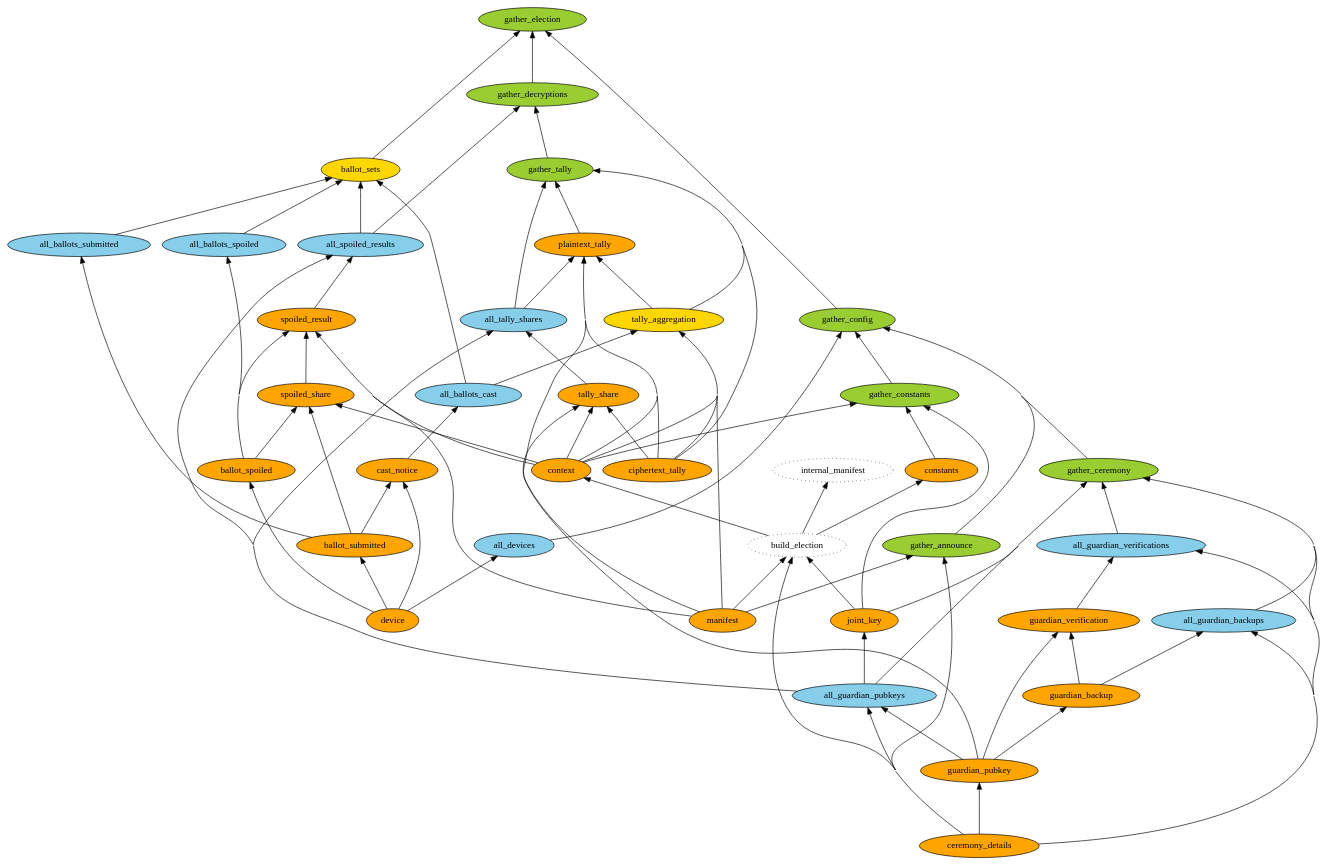
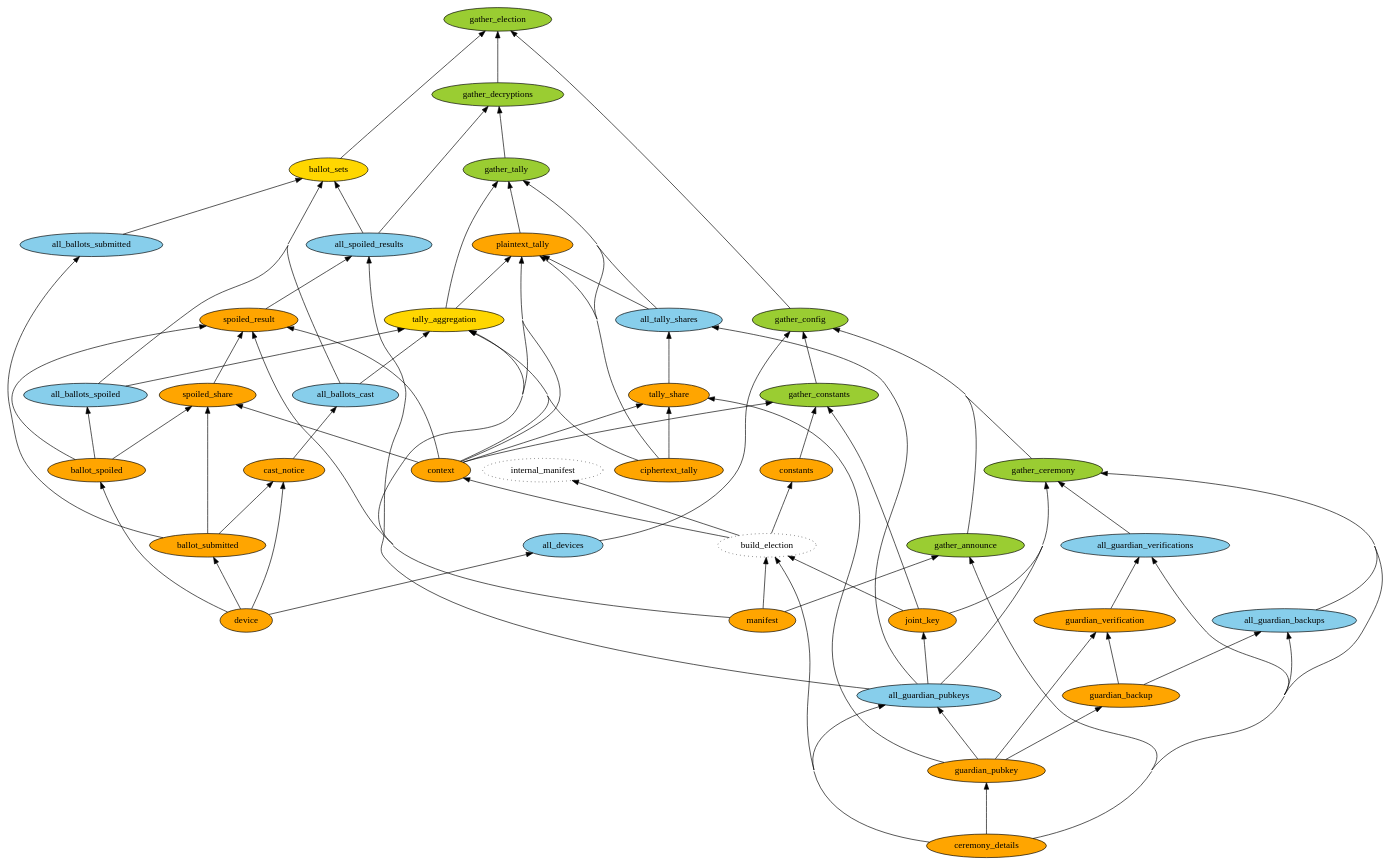
The diagram in milestone1/verifier/deps.dot (jefdaj/electionguard-cardano), drawn with Graphviz before and after one commit. The commit also changed 4 other files, not shown here.

```diff
--- a/milestone1/verifier/deps.dot
+++ b/milestone1/verifier/deps.dot
@@ -1,97 +1,97 @@
 digraph verifier_deps {
   concentrate=true
   rankdir=BT
   ranksep=1.1
 
   // public records
   node [style=filled, fillcolor=orange]
   manifest
   ceremony_details
   guardian_pubkey
   guardian_backup // TODO remove? not sure whether these are considered public
   guardian_verification
   joint_key
   constants
   context
   device
   ballot_submitted
   cast_notice
   ballot_spoiled
   ciphertext_tally
   tally_share
   spoiled_share
   plaintext_tally
   spoiled_result
 
 
   // sets of public records
   node [style=filled, fillcolor=skyblue]
 
   all_devices
   all_guardian_backups
   all_guardian_verifications
 
   {ceremony_details,guardian_pubkey} -> all_guardian_pubkeys
   ballot_submitted -> all_ballots_submitted
   ballot_spoiled -> all_ballots_spoiled
   ballot_submitted -> cast_notice -> all_ballots_cast
 
   guardian_pubkey -> tally_share
 
   // TODO are these needed for anything?
   // {all_guardian_pubkeys, spoiled_share} -> all_spoiled_shares
 
   {all_guardian_pubkeys, spoiled_result} -> all_spoiled_results
   {all_guardian_pubkeys, tally_share} -> all_tally_shares
 
   // nodes added for specific verifications
   node [style=filled, fillcolor=gold]
   tally_aggregation
   ballot_sets
 
   // misc other nodes added manually
   build_election [style=dotted]    // not really a dep, but makes it cleaner // TODO remove?
   internal_manifest [style=dotted] // not serializable; have to build_election each time
 
   // dependenencies from guardian.py
   ceremony_details -> guardian_pubkey -> guardian_backup
 
   // TODO these should depend on the guardian pubkeys, not just the ceremony details,
   //      because they should be checking that those guardians signed them
   {ceremony_details,guardian_backup} -> all_guardian_backups
   {ceremony_details,guardian_verification} -> all_guardian_verifications
 
   {guardian_pubkey,guardian_backup} -> guardian_verification // TODO remove? it really depends on the *cardano* wallet key right?
   all_guardian_pubkeys -> joint_key
   {ciphertext_tally,context} -> tally_share
   {context,ballot_submitted,ballot_spoiled} -> spoiled_share
-  {ciphertext_tally,all_ballots_cast,manifest,context} -> tally_aggregation -> plaintext_tally
+  {ciphertext_tally,all_ballots_cast,all_ballots_spoiled,manifest,context} -> tally_aggregation -> plaintext_tally
   
 
   // dependencies from device.py
   device -> {ballot_submitted,ballot_spoiled,cast_notice}
   device -> all_devices
 
   // dependenencies from admin.py
   {manifest,ceremony_details,joint_key} -> build_election -> {constants,internal_manifest,context}
   {manifest,context,all_tally_shares,ciphertext_tally} -> plaintext_tally
   {manifest,context,spoiled_share,ballot_spoiled} -> spoiled_result
 
   // overall election cerfification/verification
   // TODO is this how people will see it? or will they only require the plaintext_tally?
   // (either way, this is the way to get the code working first)
 
   // backbone of "phony" nodes (in the Makefile sense) to make verification
   // proceed in a nice linear way. this way we can have our dependency graph but
   // still show human-readable output. note that the summary/verification step
   // is missing because it's done at the end
   node [style=filled, fillcolor=yellowgreen]
   {gather_config,ballot_sets,gather_decryptions} -> gather_election
   {ciphertext_tally,tally_aggregation,all_tally_shares,plaintext_tally} -> gather_tally
   {gather_tally,all_spoiled_results} -> gather_decryptions
   {all_ballots_submitted,all_ballots_spoiled,all_ballots_cast,all_spoiled_results} -> ballot_sets
   {gather_announce,gather_ceremony,gather_constants,all_devices} -> gather_config
   {manifest,ceremony_details} -> gather_announce
   {ceremony_details,all_guardian_pubkeys,all_guardian_backups,all_guardian_verifications,joint_key} -> gather_ceremony
   {joint_key,context,constants} -> gather_constants
 }
```
